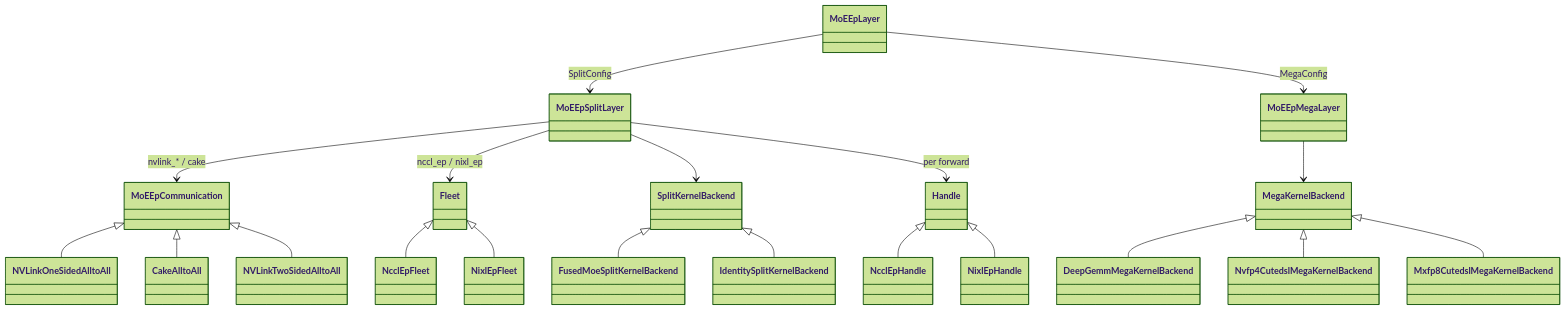
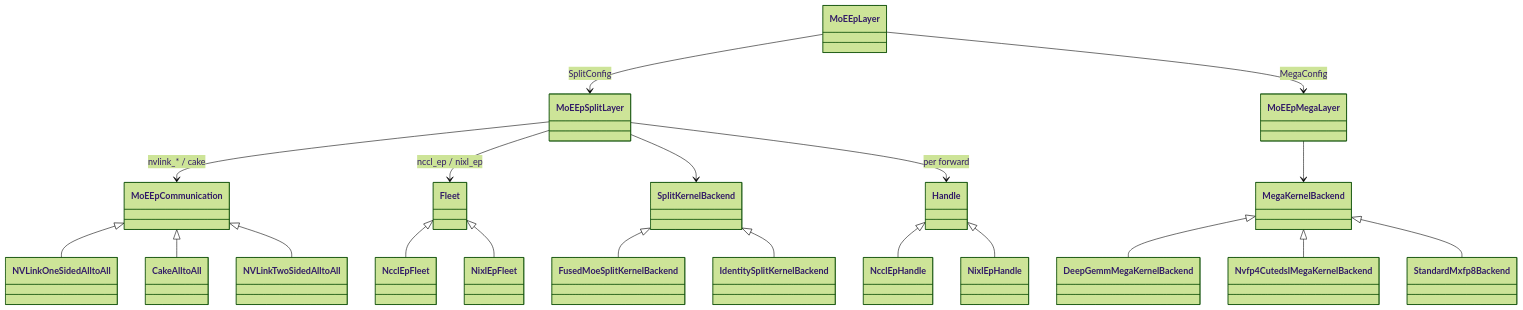
The second of 4 diagrams in docs/design_docs/moe_ep_architecture.md (flashinfer-ai/flashinfer), drawn with Mermaid (forest theme) before and after one commit. The commit also changed other lines of this file and 1072 other files, not shown here.

````diff
--- a/docs/design_docs/moe_ep_architecture.md
+++ b/docs/design_docs/moe_ep_architecture.md
@@ -985,29 +1008,29 @@
 ```mermaid
 classDiagram
     direction TB
 
     MoEEpLayer --> MoEEpSplitLayer : SplitConfig
     MoEEpLayer --> MoEEpMegaLayer : MegaConfig
 
     MoEEpSplitLayer --> MoEEpCommunication : nvlink_* / cake
     MoEEpSplitLayer --> Fleet : nccl_ep / nixl_ep
     MoEEpSplitLayer --> SplitKernelBackend
     MoEEpSplitLayer --> Handle : per forward
 
     MoEEpCommunication <|-- NVLinkOneSidedAlltoAll
     MoEEpCommunication <|-- CakeAlltoAll
     MoEEpCommunication <|-- NVLinkTwoSidedAlltoAll
 
     MoEEpMegaLayer --> MegaKernelBackend
 
     Fleet <|-- NcclEpFleet
     Fleet <|-- NixlEpFleet
     Handle <|-- NcclEpHandle
     Handle <|-- NixlEpHandle
 
     SplitKernelBackend <|-- FusedMoeSplitKernelBackend
     SplitKernelBackend <|-- IdentitySplitKernelBackend
     MegaKernelBackend <|-- DeepGemmMegaKernelBackend
     MegaKernelBackend <|-- Nvfp4CutedslMegaKernelBackend
-    MegaKernelBackend <|-- Mxfp8CutedslMegaKernelBackend
+    MegaKernelBackend <|-- StandardMxfp8Backend
 ```
````
